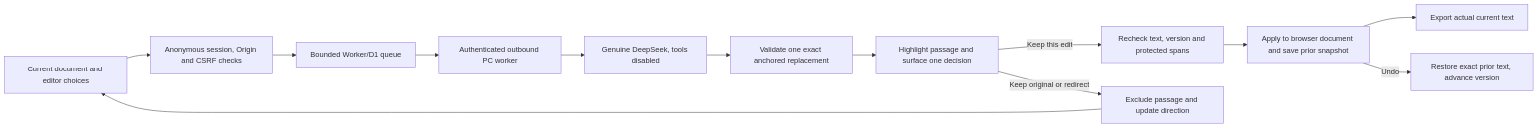
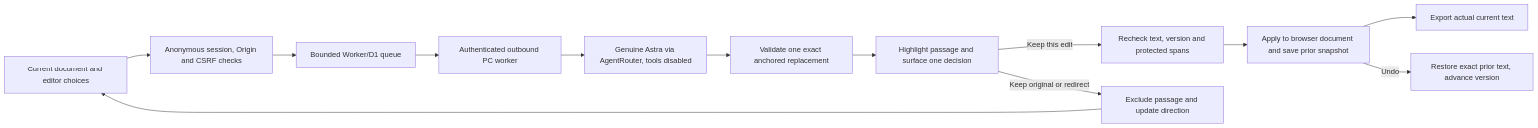
Before and after one commit to m7mdd77/imprint-editing-desk: the diagram in docs/architecture.md, drawn with Mermaid. The commit also changed 27 other files, not shown here.

````diff
--- a/docs/architecture.md
+++ b/docs/architecture.md
@@ -3,15 +3,15 @@
 ```mermaid
 flowchart LR
  A[Current document and editor choices] --> B[Anonymous session, Origin and CSRF checks]
  B --> C[Bounded Worker/D1 queue]
  C --> D[Authenticated outbound PC worker]
- D --> E[Genuine DeepSeek, tools disabled]
+ D --> E[Genuine Astra via AgentRouter, tools disabled]
  E --> F[Validate one exact anchored replacement]
  F --> G[Highlight passage and surface one decision]
  G -->|Keep this edit| H[Recheck text, version and protected spans]
  H --> I[Apply to browser document and save prior snapshot]
  G -->|Keep original or redirect| J[Exclude passage and update direction]
  J --> A
  I --> K[Export actual current text]
  I -->|Undo| L[Restore exact prior text, advance version]
 ```
````
